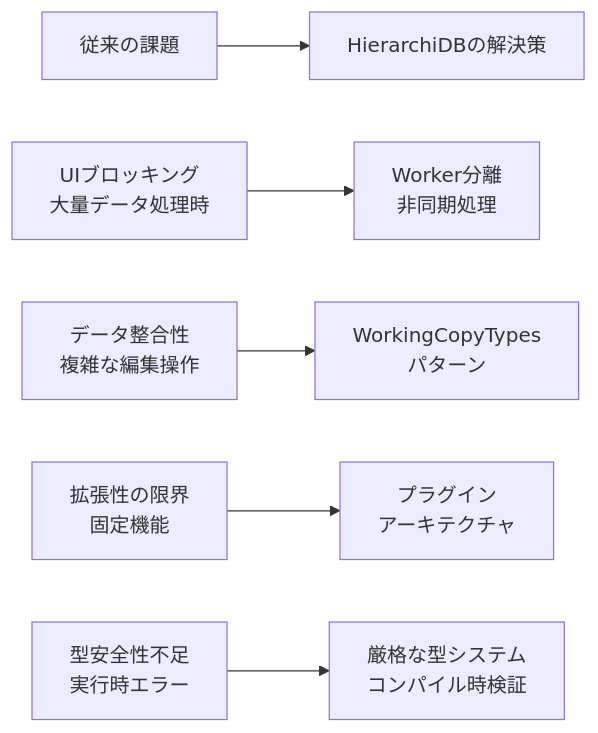
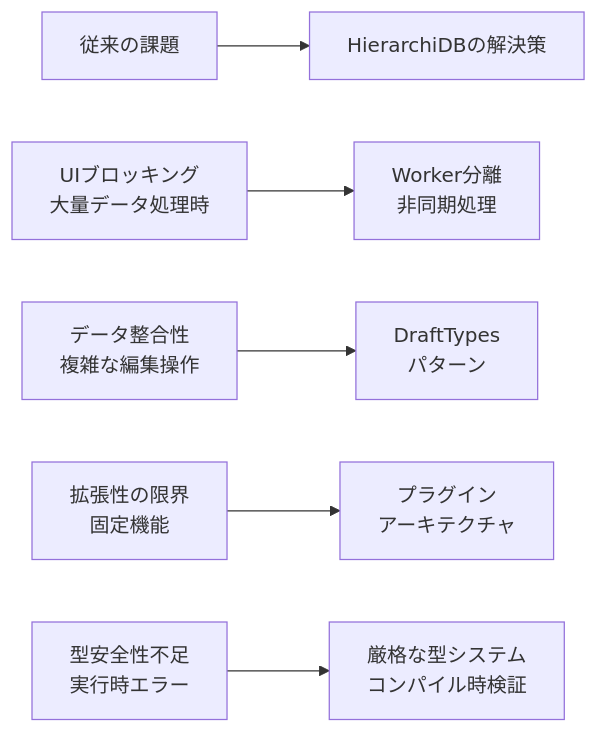
One commit to kubohiroya/hierarchidb changed the second of 23 diagrams in docs/DEVELOPER_REPORT_COMPREHENSIVE/01_EXECUTIVE_SUMMARY.md. Above: the diagram before and after it, drawn with Mermaid. The commit also changed other lines of this file and 796 other files, not shown here.

````diff
--- a/docs/DEVELOPER_REPORT_COMPREHENSIVE/01_EXECUTIVE_SUMMARY.md
+++ b/docs/DEVELOPER_REPORT_COMPREHENSIVE/01_EXECUTIVE_SUMMARY.md
@@ -43,9 +43,9 @@
 ```mermaid
 graph LR
     A[従来の課題] --> B[HierarchiDBの解決策]
     
     A1[UIブロッキング<br/>大量データ処理時] --> B1[Worker分離<br/>非同期処理]
-    A2[データ整合性<br/>複雑な編集操作] --> B2[WorkingCopyTypes<br/>パターン]
+    A2[データ整合性<br/>複雑な編集操作] --> B2[DraftTypes<br/>パターン]
     A3[拡張性の限界<br/>固定機能] --> B3[プラグイン<br/>アーキテクチャ]
     A4[型安全性不足<br/>実行時エラー] --> B4[厳格な型システム<br/>コンパイル時検証]
 ```
````
